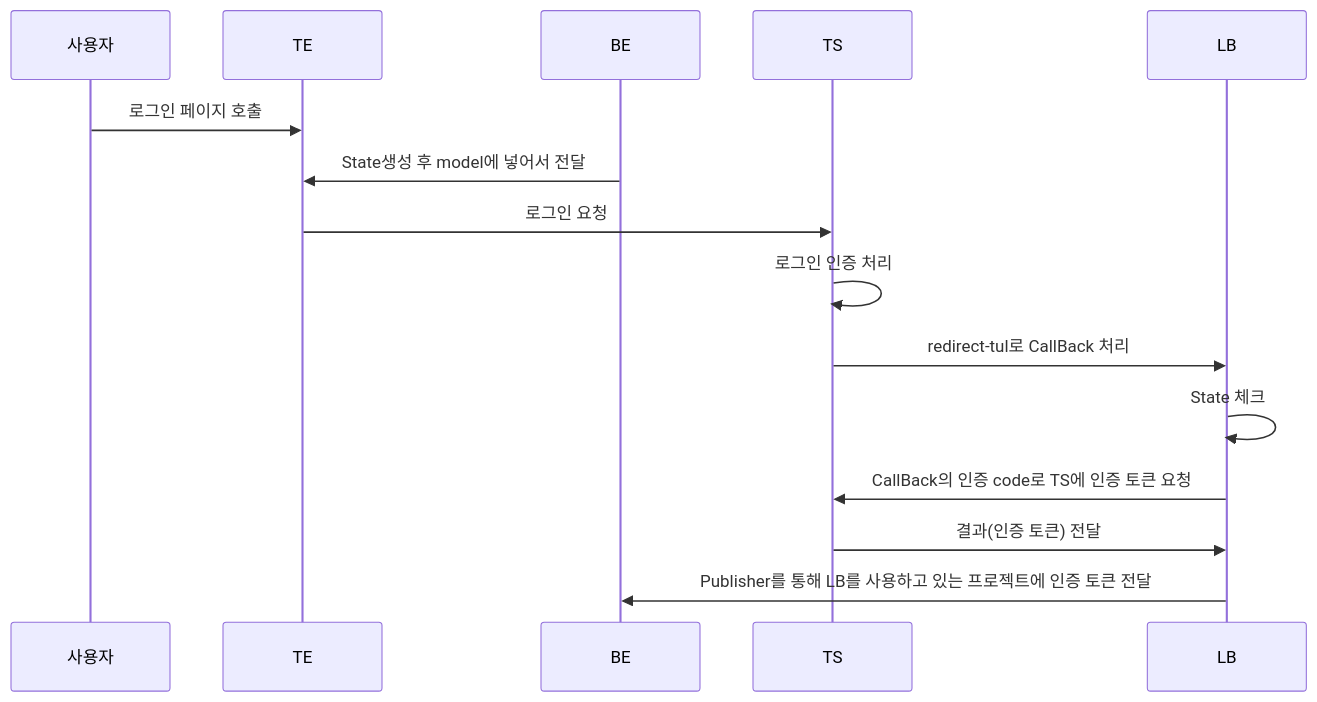
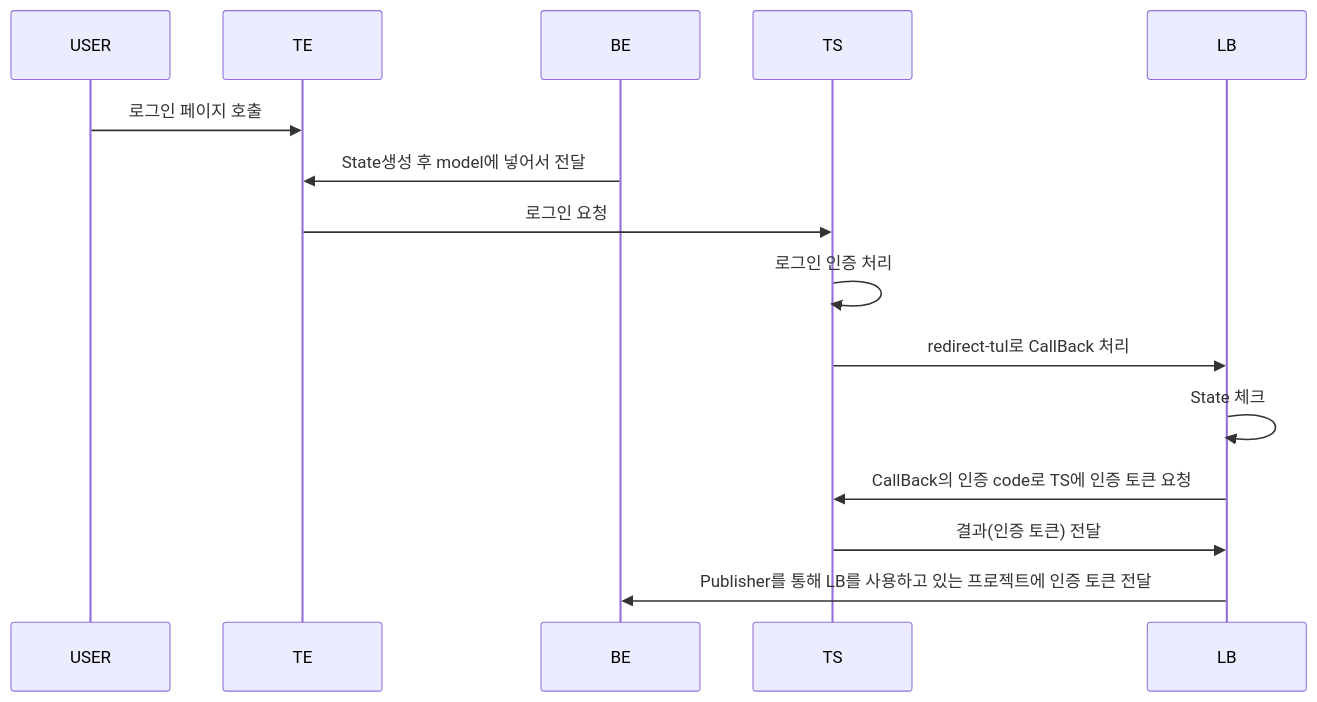
Before and after one commit to SpadeJJJ/oauth_rebuild: the second of 2 diagrams in README.md, drawn with Mermaid.

````diff
--- a/README.md
+++ b/README.md
@@ -29,12 +29,12 @@
 ```mermaid
 sequenceDiagram
-사용자 ->> TE : 로그인 페이지 호출
+USER ->> TE : 로그인 페이지 호출
 BE ->> TE : State생성 후 model에 넣어서 전달
 TE ->> TS : 로그인 요청
 TS ->> TS : 로그인 인증 처리
 TS ->> LB : redirect-tul로 CallBack 처리
 LB ->> LB : State 체크
 LB ->> TS : CallBack의 인증 code로 TS에 인증 토큰 요청
 TS ->> LB : 결과(인증 토큰) 전달
 LB ->> BE : Publisher를 통해 LB를 사용하고 있는 프로젝트에 인증 토큰 전달
 ```
````
